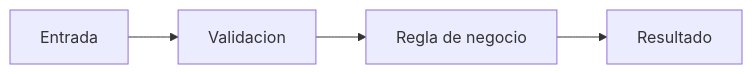
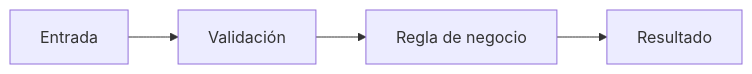
The second of 2 diagrams in templates/repo-overlay-fhh-ia-ecosystem-full/.agents/skills/01-product/create-prd/PRD_TEMPLATE.md (xampo848/fhh-ia-ecosystem-workflow-kit), drawn with Mermaid before and after one commit. The commit also changed other lines of this file and 109 other files, not shown here.

````diff
--- a/templates/repo-overlay-fhh-ia-ecosystem-full/.agents/skills/01-product/create-prd/PRD_TEMPLATE.md
+++ b/templates/repo-overlay-fhh-ia-ecosystem-full/.agents/skills/01-product/create-prd/PRD_TEMPLATE.md
@@ -142,6 +142,6 @@
 ```mermaid
 flowchart LR
-  A[Entrada] --> B[Validacion]
+  A[Entrada] --> B[Validación]
   B --> C[Regla de negocio]
   C --> D[Resultado]
 ```
````
